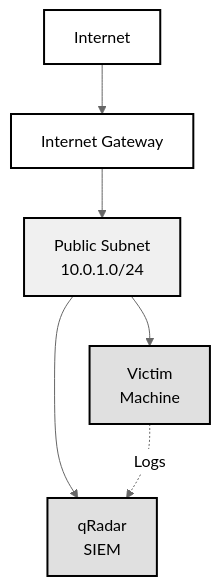
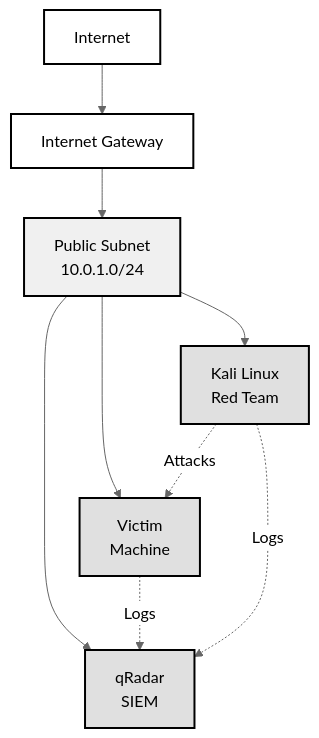
One commit to PaloAltoNetworks/shifter changed the diagram in README.md. Above: the diagram before and after it, drawn with Mermaid (neutral theme). The commit also changed other lines of this file and 3 other files, not shown here.

````diff
--- a/README.md
+++ b/README.md
@@ -40,16 +42,19 @@
 ```mermaid
 flowchart TD
     A[Internet] --> B[Internet Gateway]
     B --> C[Public Subnet<br/>10.0.1.0/24]
     C --> D[qRadar<br/>SIEM]
     C --> E[Victim<br/>Machine]
+    C --> F[Kali Linux<br/>Red Team]
     E -.->|Logs| D
+    F -.->|Attacks| E
+    F -.->|Logs| D
     
     classDef default fill:#ffffff,stroke:#000000,stroke-width:2px,color:#000000
     classDef subnet fill:#f0f0f0,stroke:#000000,stroke-width:2px,color:#000000
     classDef instances fill:#e0e0e0,stroke:#000000,stroke-width:2px,color:#000000
     
     class A,B default
     class C subnet
-    class D,E instances
+    class D,E,F instances
 ```
````
